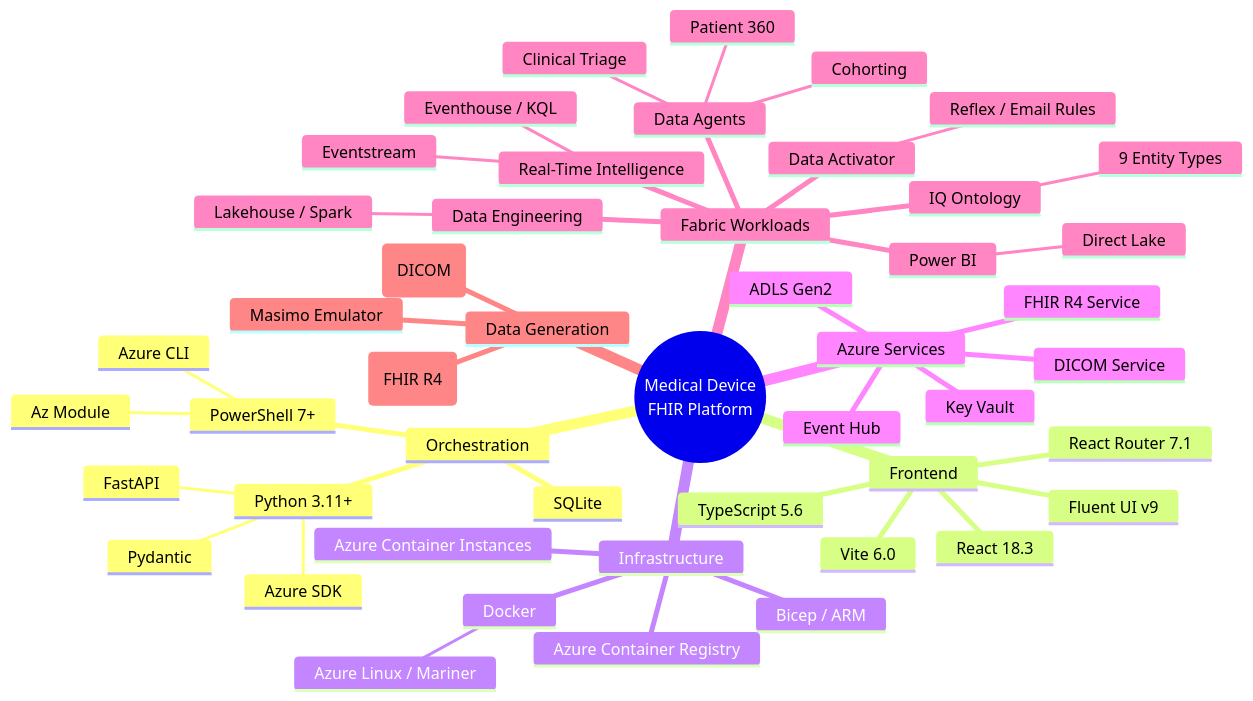
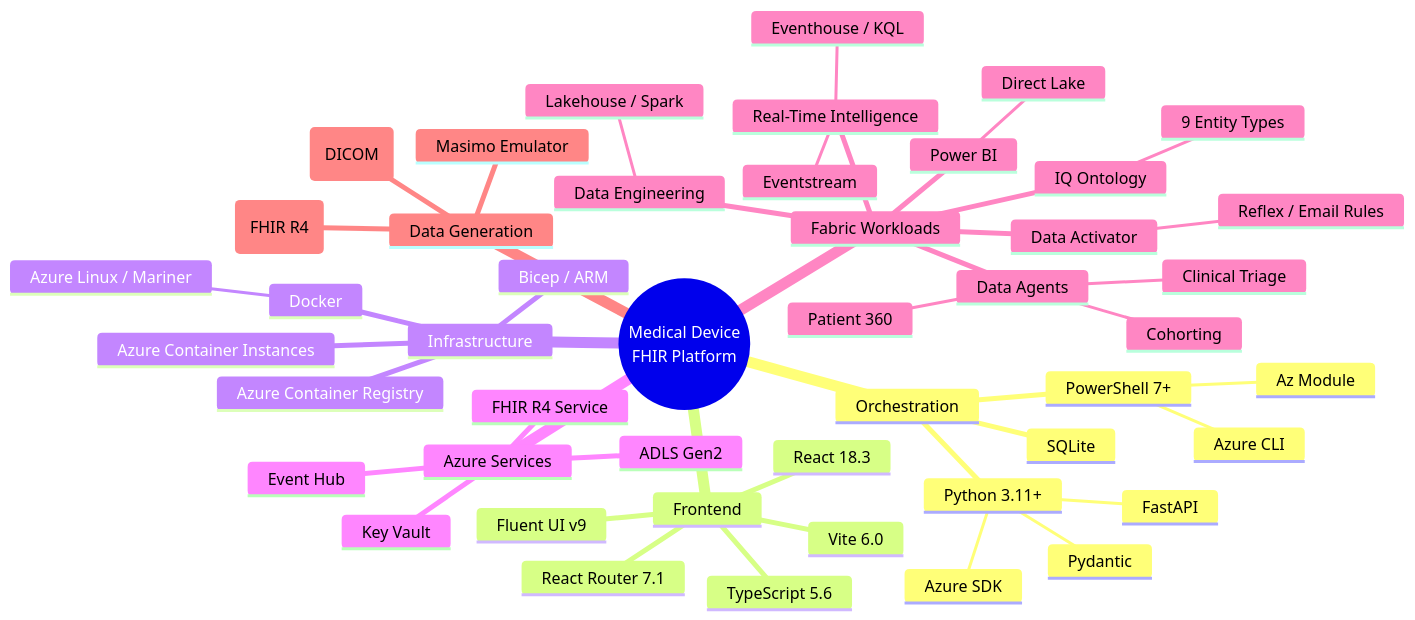
The seventh of 7 diagrams in Project_Architecture_Blueprint.md (kfprugger/med-device-fabric-emulator), drawn with Mermaid before and after one commit. The commit also changed other lines of this file and 101 other files, not shown here.

````diff
--- a/Project_Architecture_Blueprint.md
+++ b/Project_Architecture_Blueprint.md
@@ -487,51 +485,50 @@
 ```mermaid
 mindmap
   root((Medical Device<br/>FHIR Platform))
     Orchestration
       Python 3.11+
         FastAPI
         Pydantic
         Azure SDK
       PowerShell 7+
         Az Module
         Azure CLI
       SQLite
     Frontend
       React 18.3
       TypeScript 5.6
       Fluent UI v9
       Vite 6.0
       React Router 7.1
     Infrastructure
       Bicep / ARM
       Docker
         Azure Linux / Mariner
       Azure Container Registry
       Azure Container Instances
     Azure Services
       Event Hub
       FHIR R4 Service
-      DICOM Service
       ADLS Gen2
       Key Vault
     Fabric Workloads
       Real-Time Intelligence
         Eventhouse / KQL
         Eventstream
       Data Engineering
         Lakehouse / Spark
       Data Agents
         Patient 360
         Clinical Triage
         Cohorting
       Data Activator
         Reflex / Email Rules
       Power BI
         Direct Lake
       IQ Ontology
         9 Entity Types
     Data Generation
       Synthea (FHIR R4)
       TCIA (DICOM)
       Masimo Emulator
 ```
````
